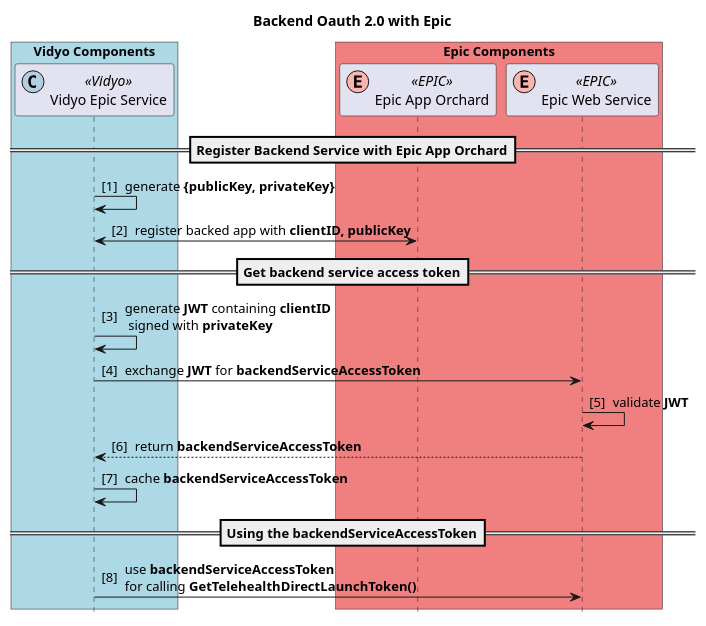
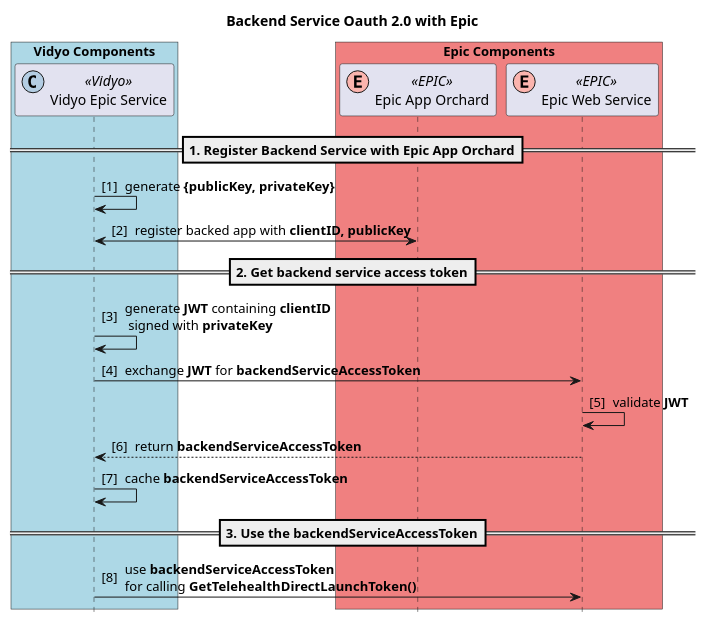
The diagram in docs/uml/source/backEndAuth.wsd (squashmeister99/architecture-viewer), drawn with PlantUML before and after one commit. The commit also changed 1 other file, not shown here.

```diff
--- a/docs/uml/source/backEndAuth.wsd
+++ b/docs/uml/source/backEndAuth.wsd
@@ -1,36 +1,36 @@
 @startuml
-title "Backend Oauth 2.0 with Epic"
+title "Backend Service Oauth 2.0 with Epic"
 hide footbox
 hide unlinked
 
 autonumber "[0] "
 
 box "User" #LightGreen
 participant "Patient" as Patient << (U, #ccebc5) user >>
 participant "Browser" as Browser << (U, #ccebc5) user >>
 end box
 
 box "Vidyo Components" #LightBlue
 participant "Vidyo Epic Service" as VidyoEpicService << (C, #b3cde3) Vidyo >>
 participant "Portal" as Portal << (C, #b3cde3) Vidyo >>
 participant "Portal Database/Query Parameter Service" as PortalDB << (C, #b3cde3) Vidyo >>
 participant "VidyoConnect App" as VidyoConnect << (C, #b3cde3  ) Vidyo >>
 end box
 
 box "Epic Components" #LightCoral
 participant "Epic App Orchard" as EPIC << (E, #fbb4ae) EPIC >>
 participant "Epic Web Service" as EPS << (E, #fbb4ae) EPIC >>
 end box
 
-==Register Backend Service with Epic App Orchard==
+==1. Register Backend Service with Epic App Orchard==
 VidyoEpicService->VidyoEpicService: generate **{publicKey, privateKey}**
 VidyoEpicService<->EPIC : register backed app with **clientID, publicKey**
-==Get backend service access token==
+==2. Get backend service access token==
 VidyoEpicService->VidyoEpicService : generate **JWT** containing **clientID** \n signed with **privateKey**
 VidyoEpicService->EPS : exchange **JWT** for **backendServiceAccessToken** 
 EPS->EPS : validate **JWT**
 VidyoEpicService<--EPS : return **backendServiceAccessToken**
 VidyoEpicService->VidyoEpicService : cache **backendServiceAccessToken**
-==Using the backendServiceAccessToken==
+==3. Use the backendServiceAccessToken==
 VidyoEpicService->EPS : use **backendServiceAccessToken** \nfor calling **GetTelehealthDirectLaunchToken()**
 @enduml
```
